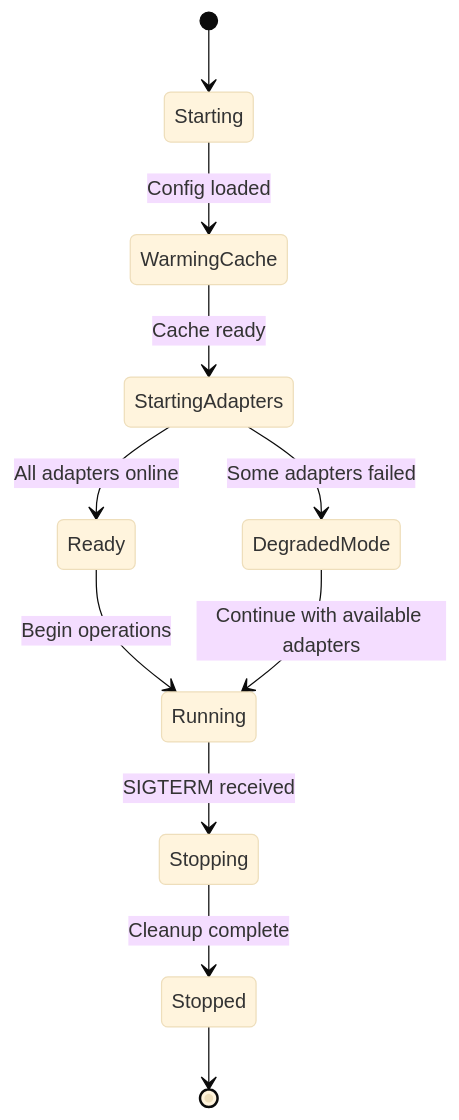
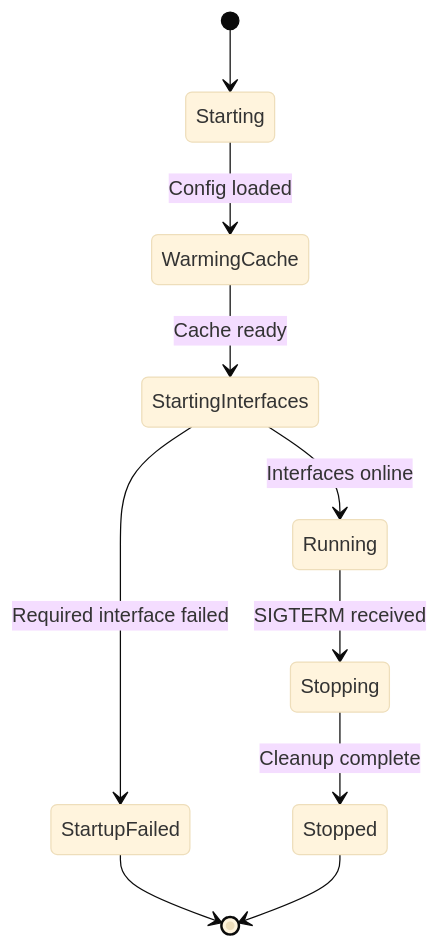
Before and after one commit to InstruktAI/TeleClaude: the first of 5 diagrams in docs/project/design/architecture/daemon.md, drawn with Mermaid (base theme). The commit also changed other lines of this file and 80 other files, not shown here.

````diff
--- a/docs/project/design/architecture/daemon.md
+++ b/docs/project/design/architecture/daemon.md
@@ -20,13 +20,12 @@
 ```mermaid
 stateDiagram-v2
     [*] --> Starting
     Starting --> WarmingCache: Config loaded
-    WarmingCache --> StartingAdapters: Cache ready
-    StartingAdapters --> Ready: All adapters online
-    StartingAdapters --> DegradedMode: Some adapters failed
-    Ready --> Running: Begin operations
-    DegradedMode --> Running: Continue with available adapters
+    WarmingCache --> StartingInterfaces: Cache ready
+    StartingInterfaces --> Running: Interfaces online
+    StartingInterfaces --> StartupFailed: Required interface failed
     Running --> Stopping: SIGTERM received
     Stopping --> Stopped: Cleanup complete
+    StartupFailed --> [*]
     Stopped --> [*]
 ```
````
